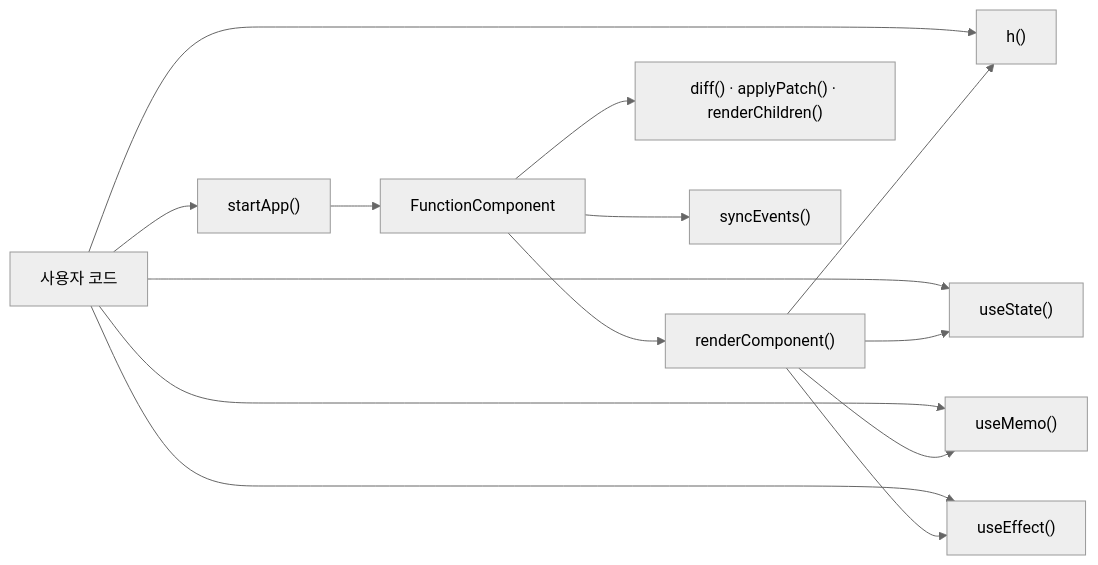
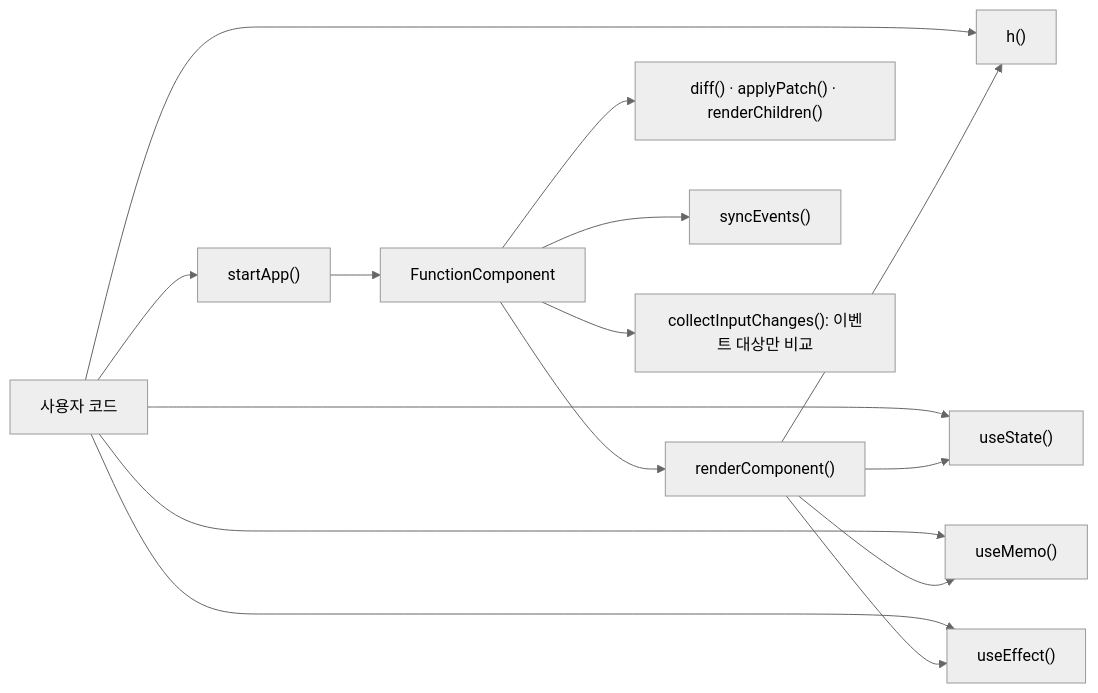
The first of 5 diagrams in docs/p2_function_flow.md (bennjung/jungle-mini-react-week11), drawn with Mermaid (neutral theme) before and after one commit. The commit also changed other lines of this file and 19 other files, not shown here.

````diff
--- a/docs/p2_function_flow.md
+++ b/docs/p2_function_flow.md
@@ -25,16 +30,17 @@
 ```mermaid
 flowchart LR
     U["사용자 코드"] --> H["h()"]
     U --> S["startApp()"]
     U --> US["useState()"]
     U --> UM["useMemo()"]
     U --> UE["useEffect()"]
     S --> FC["FunctionComponent"]
     FC --> RC["renderComponent()"]
     RC --> US
     RC --> UM
     RC --> UE
     RC --> H
     FC --> D["diff() · applyPatch() · renderChildren()"]
     FC --> SE["syncEvents()"]
+    FC --> IC["collectInputChanges(): 이벤트 대상만 비교"]
 ```
````
